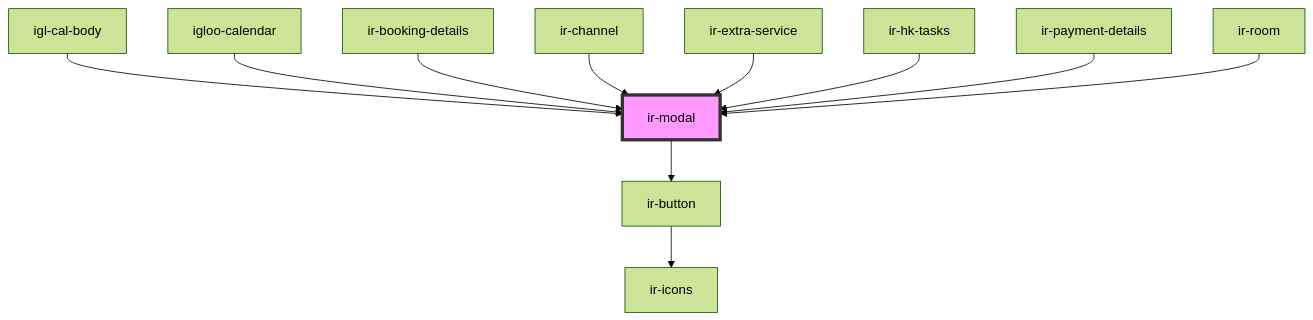
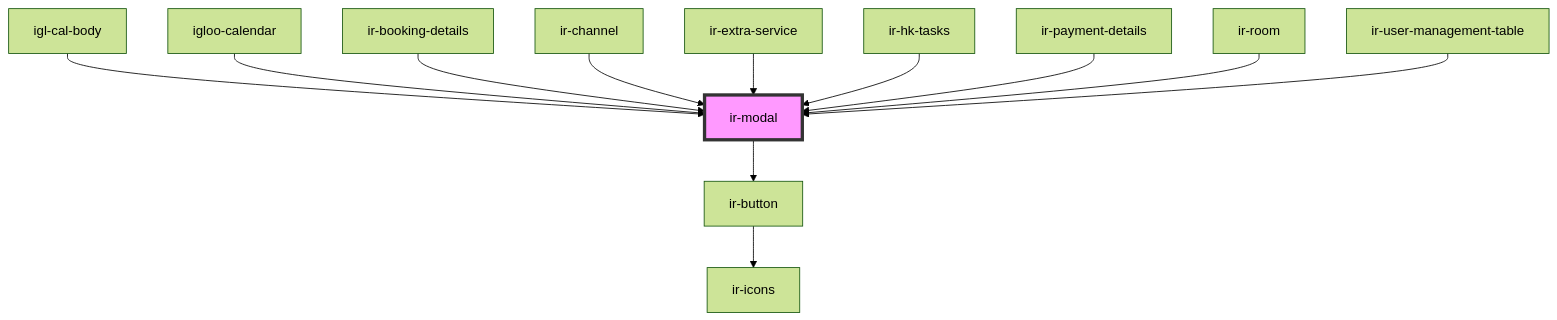
Before and after one commit to David1Chowaifaty/modified-ir-webcmp: the diagram in src/components/ui/ir-modal/readme.md, drawn with Mermaid (forest theme). The commit also changed other lines of this file and 46 other files, not shown here.

````diff
--- a/src/components/ui/ir-modal/readme.md
+++ b/src/components/ui/ir-modal/readme.md
@@ -78,14 +79,15 @@
 ```mermaid
 graph TD;
   ir-modal --> ir-button
   ir-button --> ir-icons
   igl-cal-body --> ir-modal
   igloo-calendar --> ir-modal
   ir-booking-details --> ir-modal
   ir-channel --> ir-modal
   ir-extra-service --> ir-modal
   ir-hk-tasks --> ir-modal
   ir-payment-details --> ir-modal
   ir-room --> ir-modal
+  ir-user-management-table --> ir-modal
   style ir-modal fill:#f9f,stroke:#333,stroke-width:4px
 ```
````
